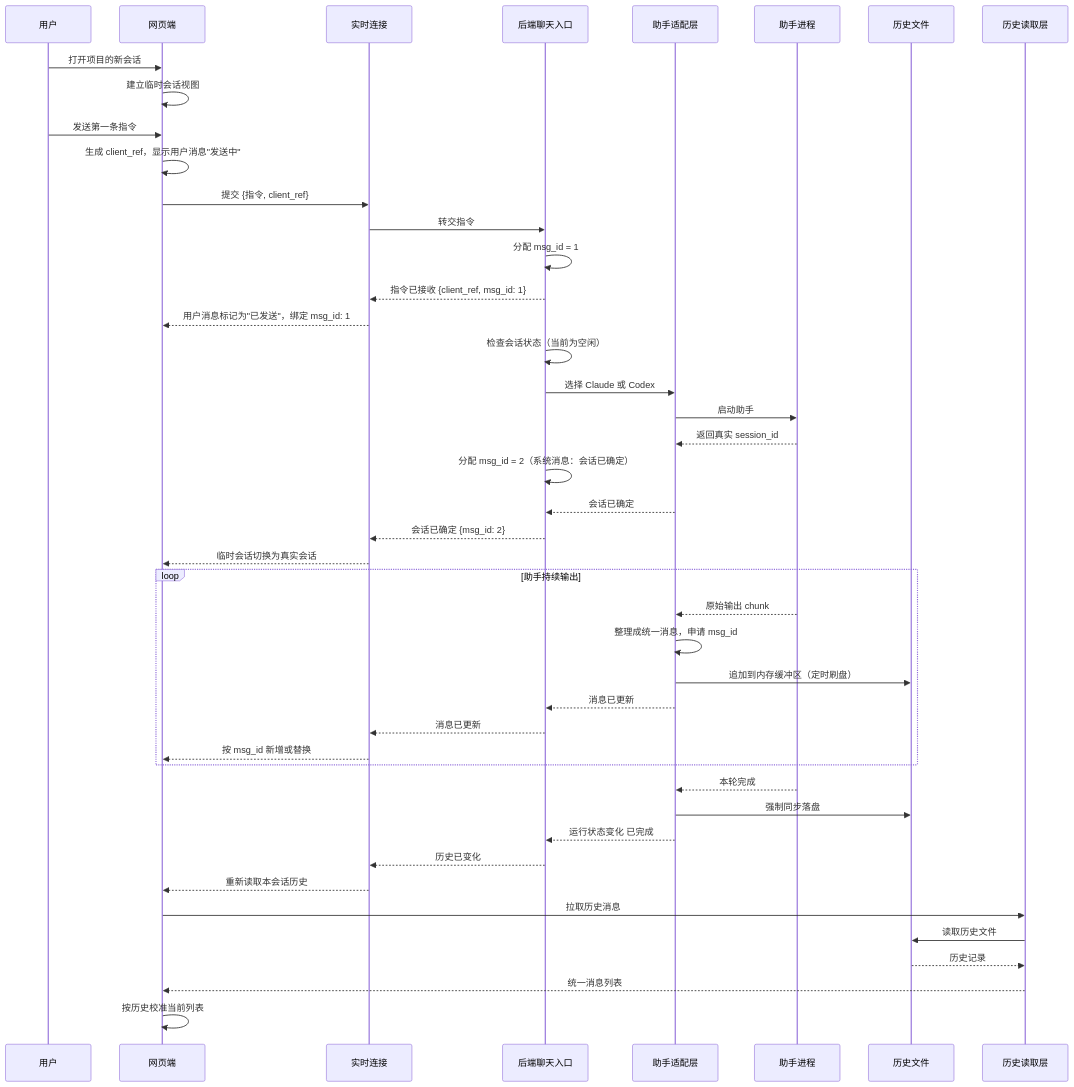
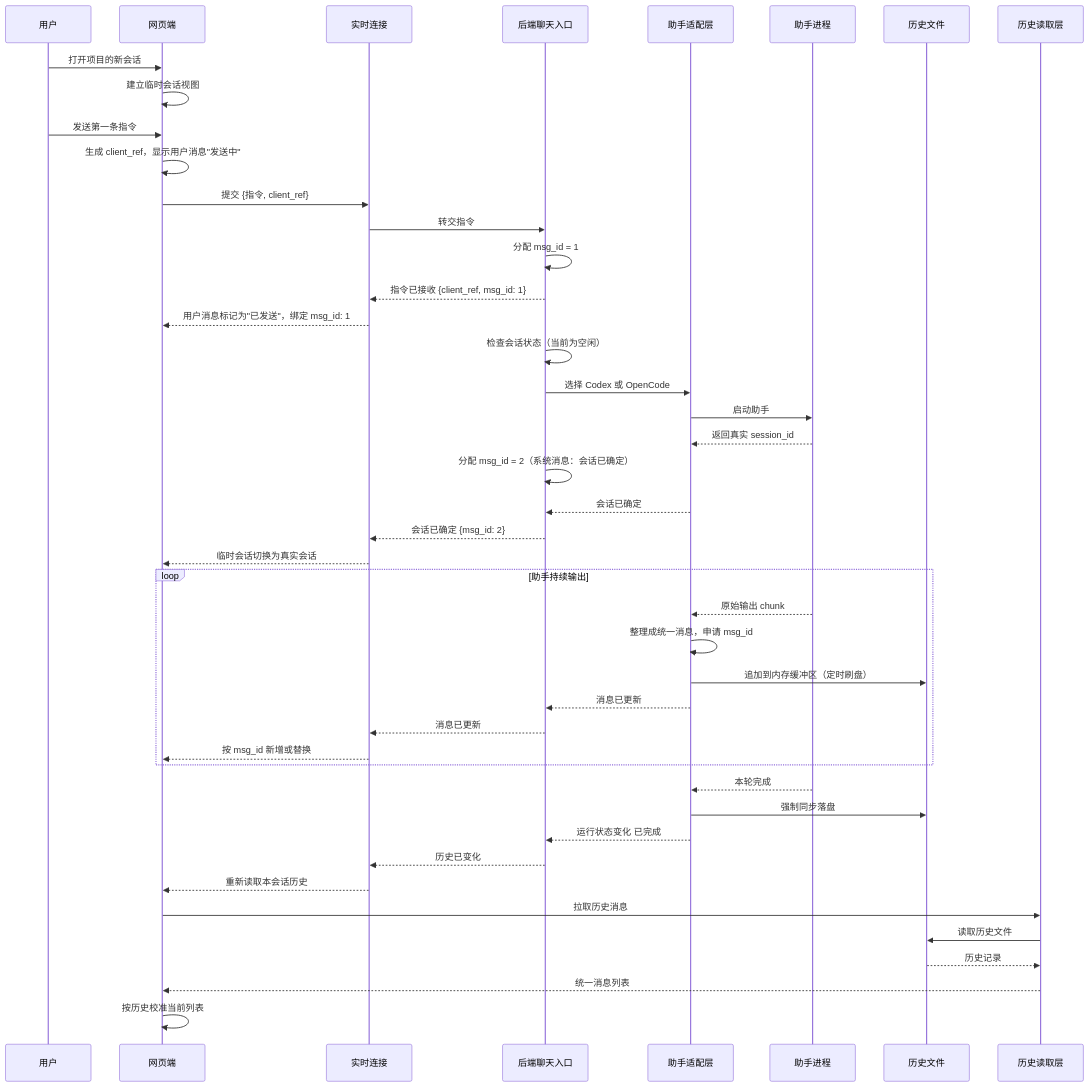
The first of 8 diagrams in docs/message-flow.md (xbugs221/ccflow), drawn with Mermaid before and after one commit. The commit also changed other lines of this file and 44 other files, not shown here.

````diff
--- a/docs/message-flow.md
+++ b/docs/message-flow.md
@@ -116,51 +116,51 @@
 ```mermaid
 sequenceDiagram
     participant User as 用户
     participant Page as 网页端
     participant Socket as 实时连接
     participant Chat as 后端聊天入口
     participant Adapter as 助手适配层
     participant Agent as 助手进程
     participant Store as 历史文件
     participant Reader as 历史读取层
 
     User->>Page: 打开项目的新会话
     Page->>Page: 建立临时会话视图
 
     User->>Page: 发送第一条指令
     Page->>Page: 生成 client_ref，显示用户消息"发送中"
     Page->>Socket: 提交 {指令, client_ref}
     Socket->>Chat: 转交指令
     Chat->>Chat: 分配 msg_id = 1
     Chat-->>Socket: 指令已接收 {client_ref, msg_id: 1}
     Socket-->>Page: 用户消息标记为"已发送"，绑定 msg_id: 1
 
     Chat->>Chat: 检查会话状态（当前为空闲）
-    Chat->>Adapter: 选择 Claude 或 Codex
+    Chat->>Adapter: 选择 Codex 或 OpenCode
     Adapter->>Agent: 启动助手
     Agent-->>Adapter: 返回真实 session_id
     Chat->>Chat: 分配 msg_id = 2（系统消息：会话已确定）
     Adapter-->>Chat: 会话已确定
     Chat-->>Socket: 会话已确定 {msg_id: 2}
     Socket-->>Page: 临时会话切换为真实会话
 
     loop 助手持续输出
         Agent-->>Adapter: 原始输出 chunk
         Adapter->>Adapter: 整理成统一消息，申请 msg_id
         Adapter->>Store: 追加到内存缓冲区（定时刷盘）
         Adapter-->>Chat: 消息已更新
         Chat-->>Socket: 消息已更新
         Socket-->>Page: 按 msg_id 新增或替换
     end
 
     Agent-->>Adapter: 本轮完成
     Adapter->>Store: 强制同步落盘
     Adapter-->>Chat: 运行状态变化 已完成
     Chat-->>Socket: 历史已变化
     Socket-->>Page: 重新读取本会话历史
     Page->>Reader: 拉取历史消息
     Reader->>Store: 读取历史文件
     Store-->>Reader: 历史记录
     Reader-->>Page: 统一消息列表
     Page->>Page: 按历史校准当前列表
 ```
````
